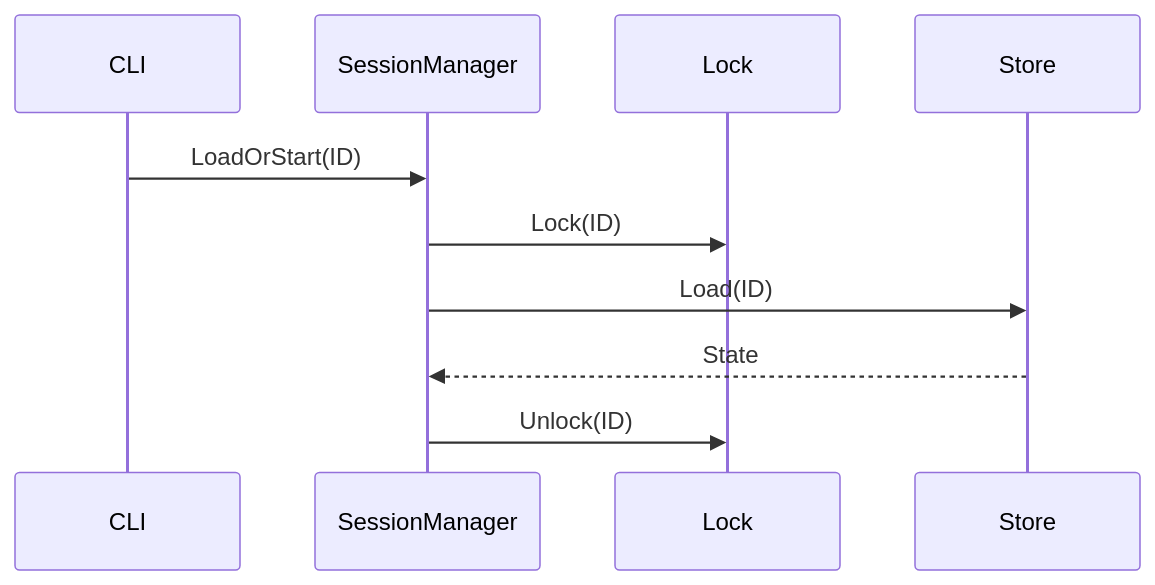
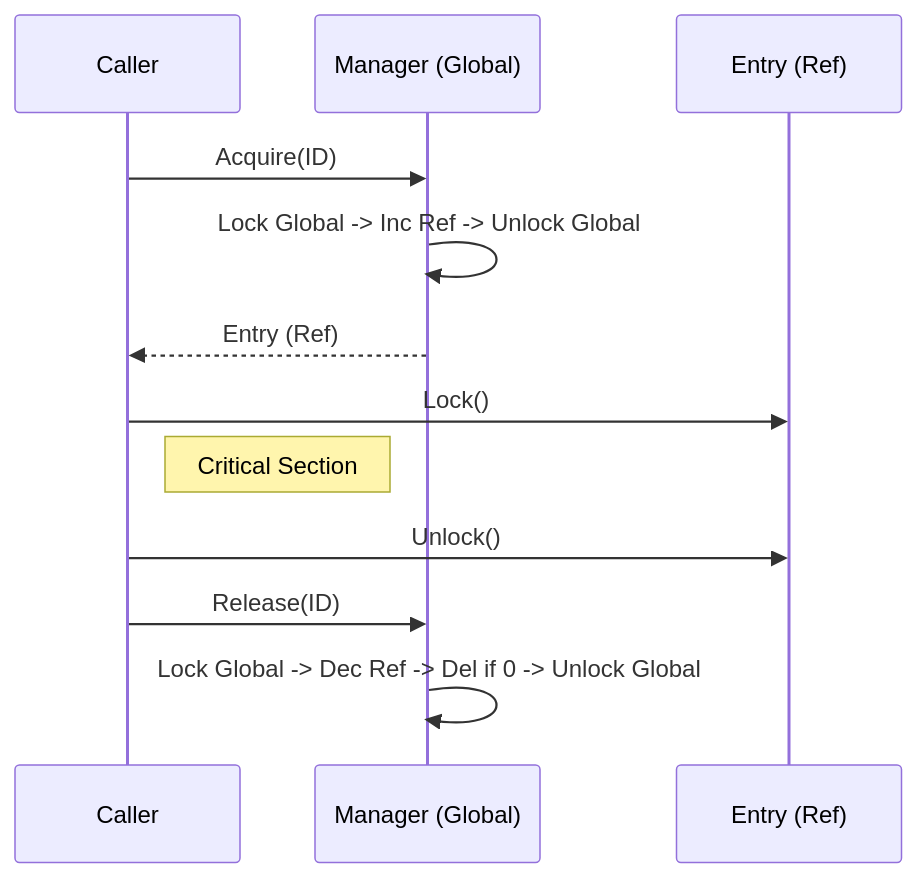
The first of 16 diagrams in docs/TECHNICAL.md (aretw0/trellis), drawn with Mermaid before and after one commit. The commit also changed other lines of this file and 2 other files, not shown here.

````diff
--- a/docs/TECHNICAL.md
+++ b/docs/TECHNICAL.md
@@ -46,13 +49,17 @@
 ```mermaid
 sequenceDiagram
-    participant CLI
-    participant SessionManager
-    participant Lock
-    participant Store
-    
-    CLI->>SessionManager: LoadOrStart(ID)
-    SessionManager->>Lock: Lock(ID)
-    SessionManager->>Store: Load(ID)
-    Store-->>SessionManager: State
-    SessionManager->>Lock: Unlock(ID)
+    participant Caller
+    participant Manager (Global)
+    participant Entry (Ref)
+
+    Caller->>Manager (Global): Acquire(ID)
+    Manager (Global)->>Manager (Global): Lock Global -> Inc Ref -> Unlock Global
+    Manager (Global)-->>Caller: Entry (Ref)
+
+    Caller->>Entry (Ref): Lock()
+    Note right of Caller: Critical Section
+    Caller->>Entry (Ref): Unlock()
+
+    Caller->>Manager (Global): Release(ID)
+    Manager (Global)->>Manager (Global): Lock Global -> Dec Ref -> Del if 0 -> Unlock Global
 ```
````
